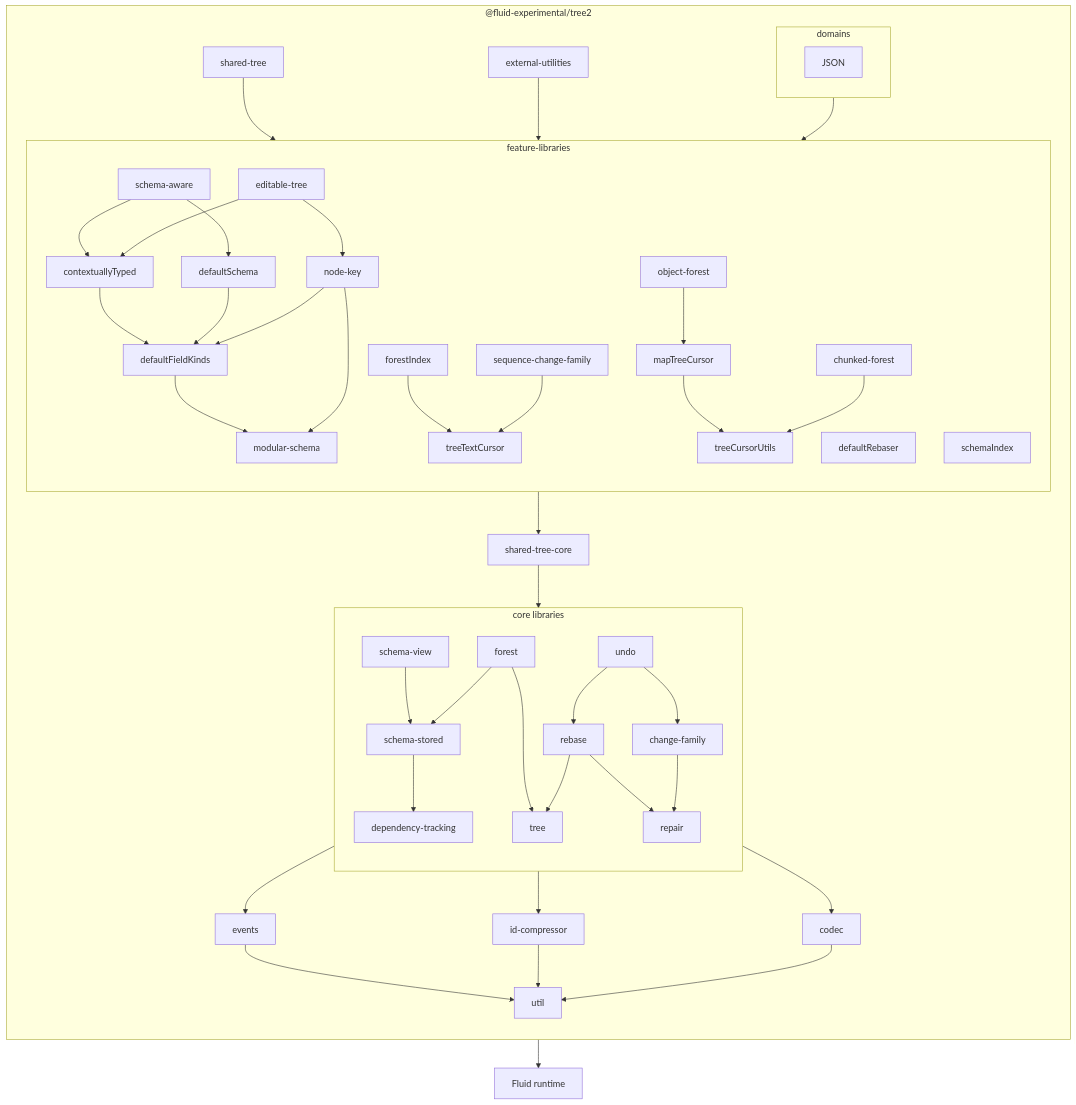
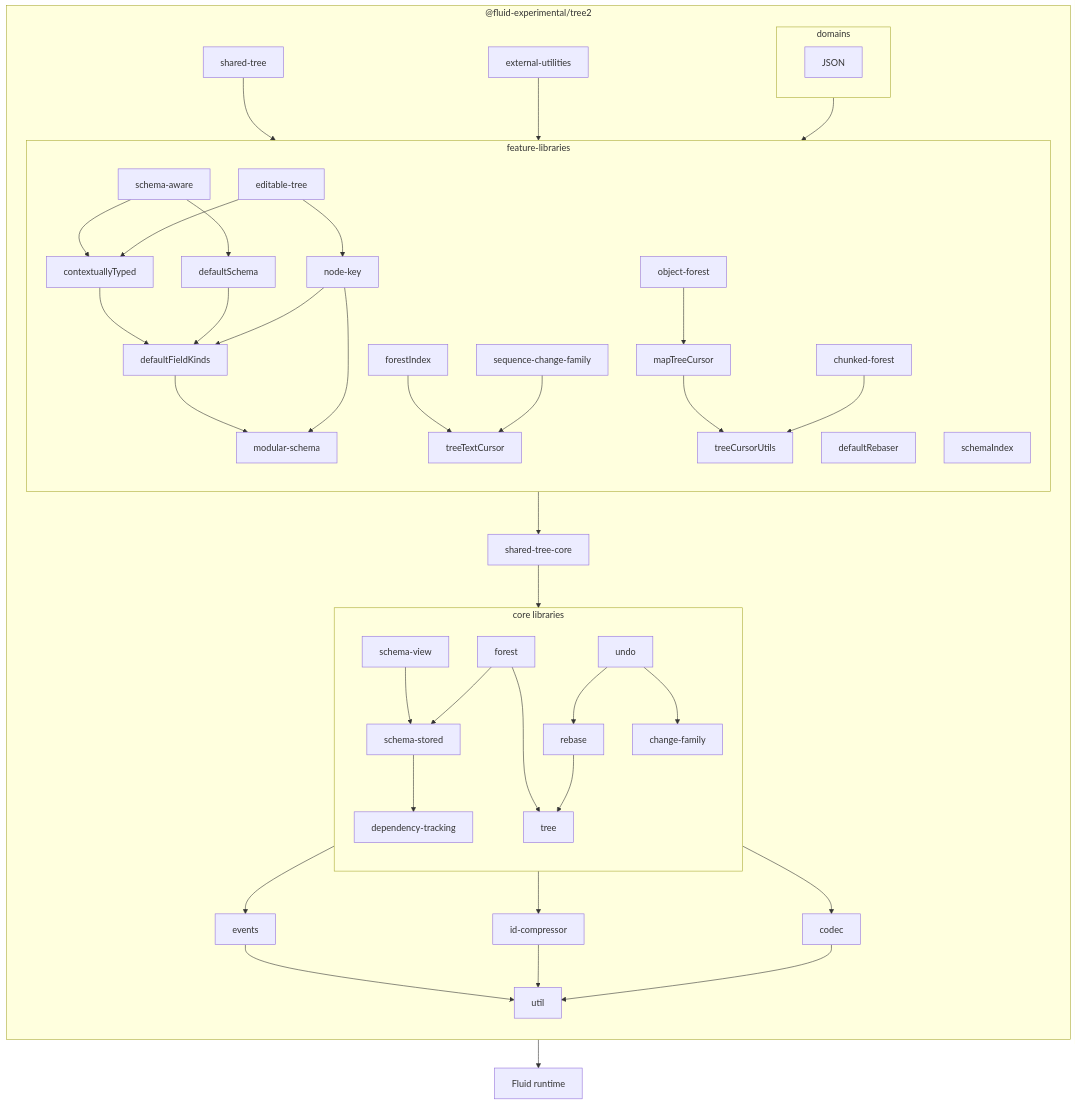
Before and after one commit to microsoft/FluidFramework: the sixth of 6 diagrams in experimental/dds/tree2/README.md, drawn with Mermaid. The commit also changed 31 other files, not shown here.

````diff
--- a/experimental/dds/tree2/README.md
+++ b/experimental/dds/tree2/README.md
@@ -319,51 +319,49 @@
 ```mermaid
 flowchart
     direction TB
     subgraph package ["@fluid-experimental/tree2"]
         direction TB
         subgraph core ["core libraries"]
             direction TB
             schema-view
             forest-->schema-stored
             rebase-->tree
-            change-family-->repair
-            rebase-->repair
             schema-stored-->dependency-tracking
             schema-view-->schema-stored
             dependency-tracking
             forest-->tree
             undo-->rebase
             undo-->change-family
         end
         core-->events-->util
         core-->id-compressor-->util
         core-->codec-->util
         feature-->shared-tree-core
         shared-tree-core-->core
         shared-tree-->feature
         external-utilities-->feature
         subgraph feature ["feature-libraries"]
             direction TB
             schema-aware-->defaultSchema
             schema-aware-->contextuallyTyped
             editable-tree-->contextuallyTyped
             editable-tree-->node-key
             defaultRebaser
             contextuallyTyped-->defaultFieldKinds
             defaultSchema-->defaultFieldKinds-->modular-schema
             forestIndex-->treeTextCursor
             modular-schema
             node-key-->modular-schema
             node-key-->defaultFieldKinds
             object-forest-->mapTreeCursor-->treeCursorUtils
             chunked-forest-->treeCursorUtils
             schemaIndex
             sequence-change-family-->treeTextCursor
         end
         subgraph domains
             JSON
         end
         domains-->feature
     end
     package-->runtime["Fluid runtime"]
 ```
````
